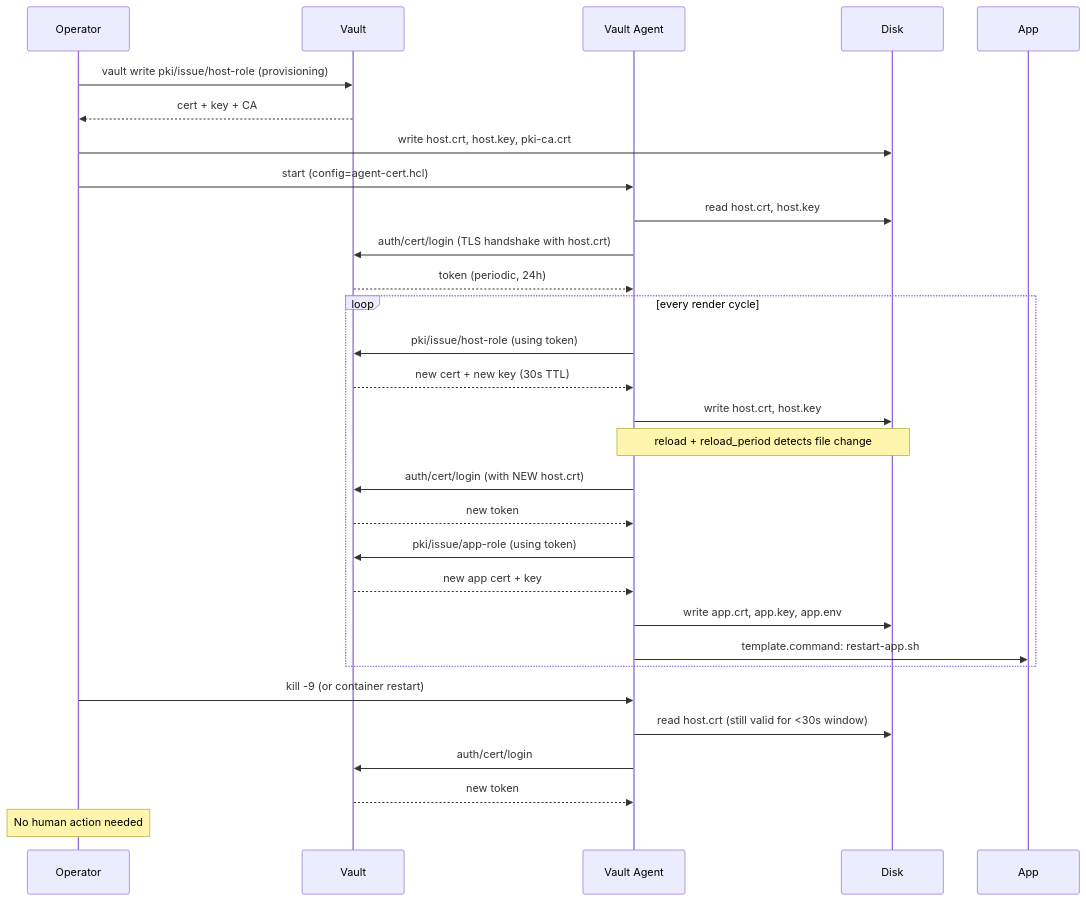
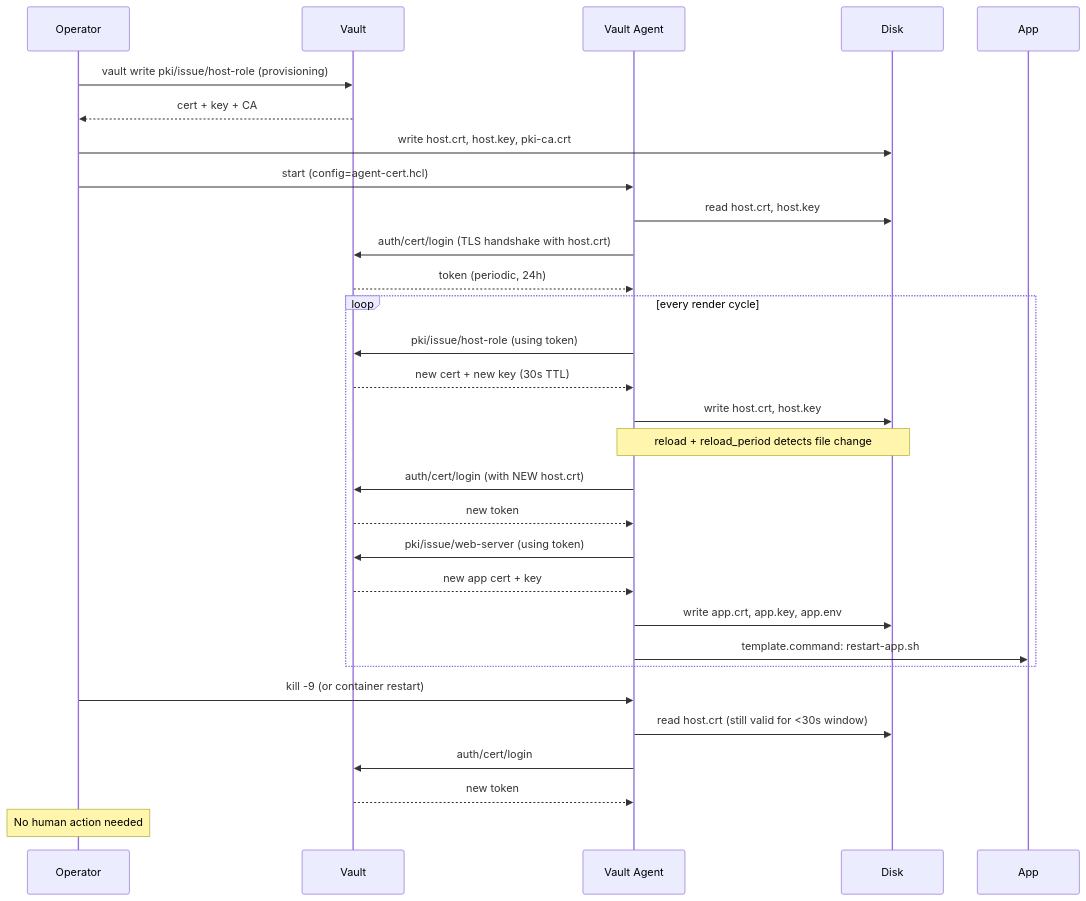
The diagram in docs/cert-auth-variant-design.md (songlining/pki), drawn with Mermaid before and after one commit. The commit also changed other lines of this file and 20 other files, not shown here.

First line of the commit message:
Add deck-api presenterm deck; rename PKI role app-role to web-server

````diff
--- a/docs/cert-auth-variant-design.md
+++ b/docs/cert-auth-variant-design.md
@@ -403,39 +404,39 @@
 ```mermaid
 sequenceDiagram
   participant Op as Operator
   participant Vault
   participant Agent as Vault Agent
   participant Disk as Disk
   participant App as App
 
   Op->>Vault: vault write pki/issue/host-role (provisioning)
   Vault-->>Op: cert + key + CA
   Op->>Disk: write host.crt, host.key, pki-ca.crt
 
   Op->>Agent: start (config=agent-cert.hcl)
   Agent->>Disk: read host.crt, host.key
   Agent->>Vault: auth/cert/login (TLS handshake with host.crt)
   Vault-->>Agent: token (periodic, 24h)
 
   loop every render cycle
     Agent->>Vault: pki/issue/host-role (using token)
     Vault-->>Agent: new cert + new key (30s TTL)
     Agent->>Disk: write host.crt, host.key
 
     Note over Agent,Disk: reload + reload_period detects file change
 
     Agent->>Vault: auth/cert/login (with NEW host.crt)
     Vault-->>Agent: new token
 
-    Agent->>Vault: pki/issue/app-role (using token)
+    Agent->>Vault: pki/issue/web-server (using token)
     Vault-->>Agent: new app cert + key
     Agent->>Disk: write app.crt, app.key, app.env
     Agent->>App: template.command: restart-app.sh
   end
 
   Op->>Agent: kill -9 (or container restart)
   Agent->>Disk: read host.crt (still valid for <30s window)
   Agent->>Vault: auth/cert/login
   Vault-->>Agent: new token
   Note over Op: No human action needed
 ```
````
